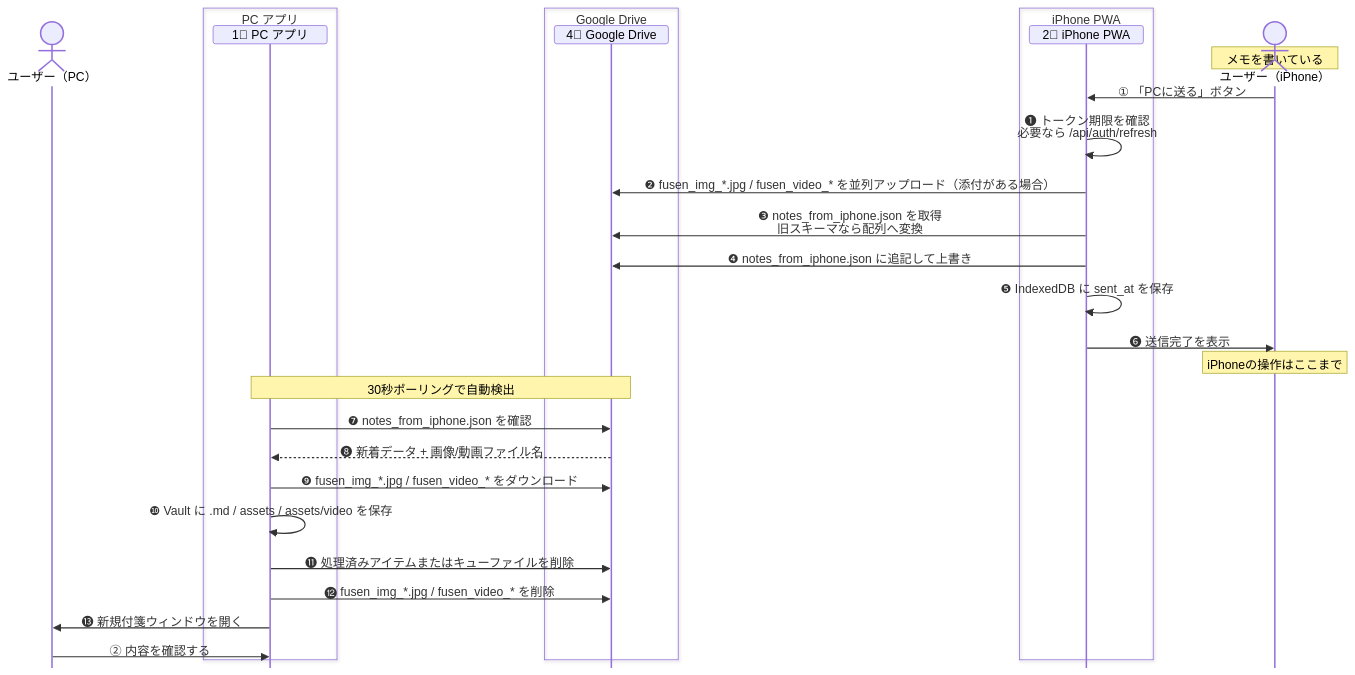
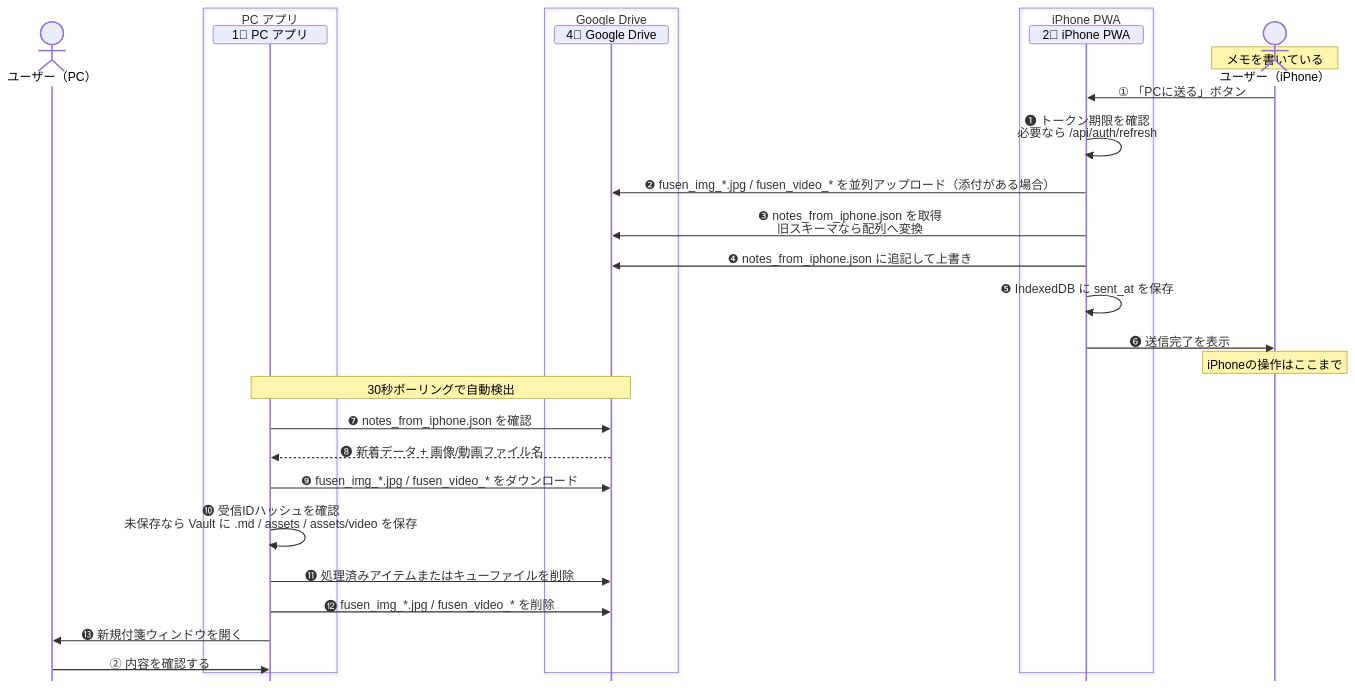
Before and after one commit to ore-no-fusen/ore-no-fusen: the seventh of 9 diagrams in docs-v2/003_IPHONE.md, drawn with Mermaid. The commit also changed other lines of this file and 21 other files, not shown here.

````diff
--- a/docs-v2/003_IPHONE.md
+++ b/docs-v2/003_IPHONE.md
@@ -1015,35 +1015,35 @@
 ```mermaid
 %%{init: {'sequence': {'messageMargin': 8, 'mirrorActors': false, 'height': 24, 'boxMargin': 4, 'noteMargin': 6}}}%%
 sequenceDiagram
     actor UserPC as ユーザー（PC）
     box PC アプリ
         participant PC as 1⃣ PC アプリ
     end
     box Google Drive
         participant Drive as 4⃣ Google Drive
     end
     box iPhone PWA
         participant PWA as 2⃣ iPhone PWA
     end
     actor UserPhone as ユーザー（iPhone）
 
     Note over UserPhone: メモを書いている
     UserPhone->>PWA: ① 「PCに送る」ボタン
     PWA->>PWA: ❶ トークン期限を確認<br>必要なら /api/auth/refresh
     PWA->>Drive: ❷ fusen_img_*.jpg / fusen_video_* を並列アップロード（添付がある場合）
     PWA->>Drive: ❸ notes_from_iphone.json を取得<br>旧スキーマなら配列へ変換
     PWA->>Drive: ❹ notes_from_iphone.json に追記して上書き
     PWA->>PWA: ❺ IndexedDB に sent_at を保存
     PWA->>UserPhone: ❻ 送信完了を表示
     Note over UserPhone: iPhoneの操作はここまで
 
     Note over Drive,PC: 30秒ポーリングで自動検出
     PC->>Drive: ❼ notes_from_iphone.json を確認
     Drive-->>PC: ❽ 新着データ + 画像/動画ファイル名
     PC->>Drive: ❾ fusen_img_*.jpg / fusen_video_* をダウンロード
-    PC->>PC: ❿ Vault に .md / assets / assets/video を保存
+    PC->>PC: ❿ 受信IDハッシュを確認<br>未保存なら Vault に .md / assets / assets/video を保存
     PC->>Drive: ⓫ 処理済みアイテムまたはキューファイルを削除
     PC->>Drive: ⓬ fusen_img_*.jpg / fusen_video_* を削除
     PC->>UserPC: ⓭ 新規付箋ウィンドウを開く
     UserPC->>PC: ② 内容を確認する
 ```
````
